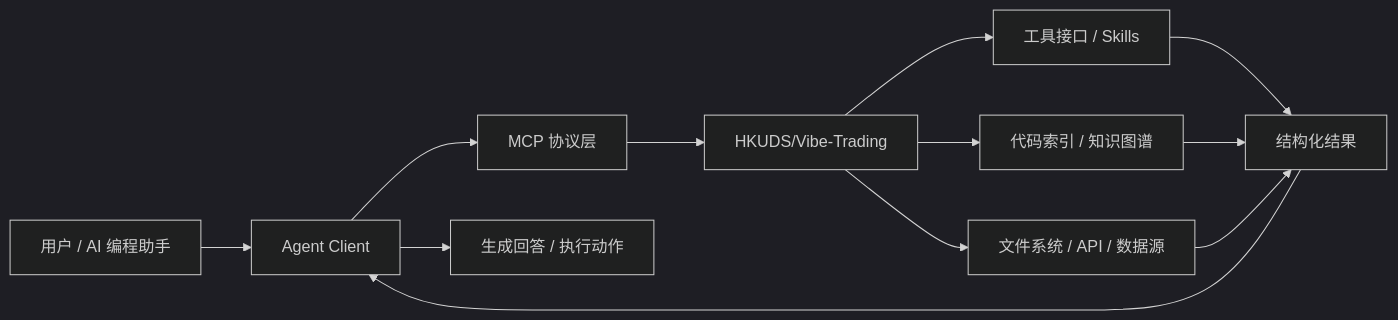
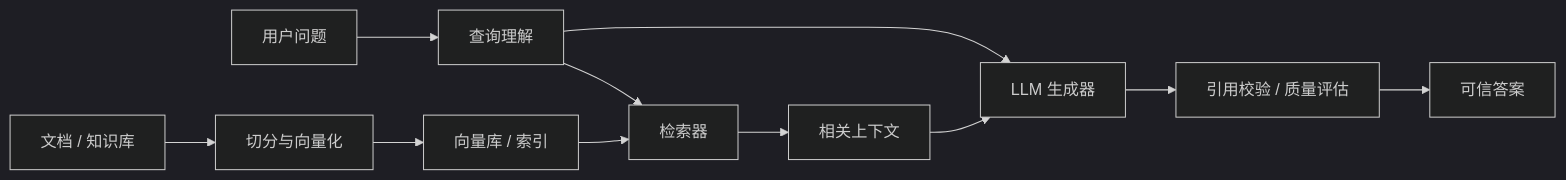
Before and after one commit to Lingwangla/github_trend: the fifth of 5 diagrams in TRENDING.md, drawn with Mermaid (dark theme). The commit also changed other lines of this file and 2 other files, not shown here.

````diff
--- a/TRENDING.md
+++ b/TRENDING.md
@@ -183,14 +188,13 @@
 ```mermaid
 flowchart LR
-    User[用户 / AI 编程助手] --> Client[Agent Client]
-    Client --> Protocol[MCP 协议层]
-    Protocol --> Server[HKUDS/Vibe-Trading]
-    Server --> Tools[工具接口 / Skills]
-    Server --> Index[代码索引 / 知识图谱]
-    Server --> Data[文件系统 / API / 数据源]
-    Tools --> Result[结构化结果]
-    Index --> Result
-    Data --> Result
-    Result --> Client
-    Client --> Answer[生成回答 / 执行动作]
+    User[用户问题] --> Query[查询理解]
+    Query --> Retriever[检索器]
+    Docs[文档 / 知识库] --> Chunk[切分与向量化]
+    Chunk --> Store[向量库 / 索引]
+    Store --> Retriever
+    Retriever --> Context[相关上下文]
+    Context --> LLM[LLM 生成器]
+    Query --> LLM
+    LLM --> Eval[引用校验 / 质量评估]
+    Eval --> Answer[可信答案]
 ```
````
